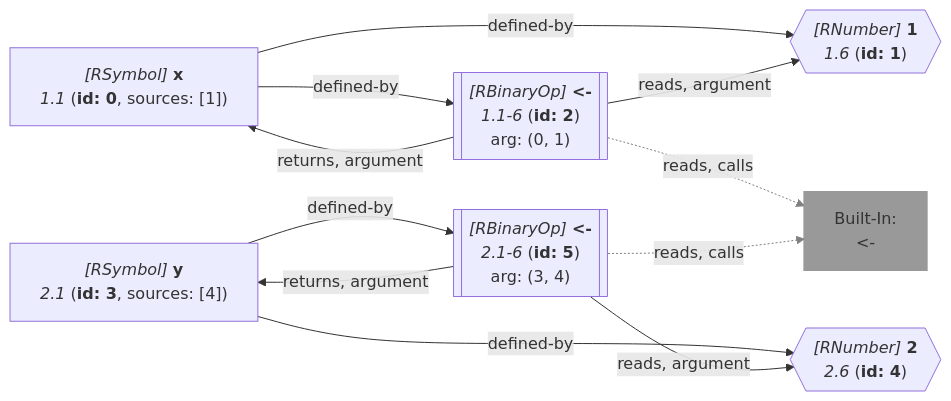
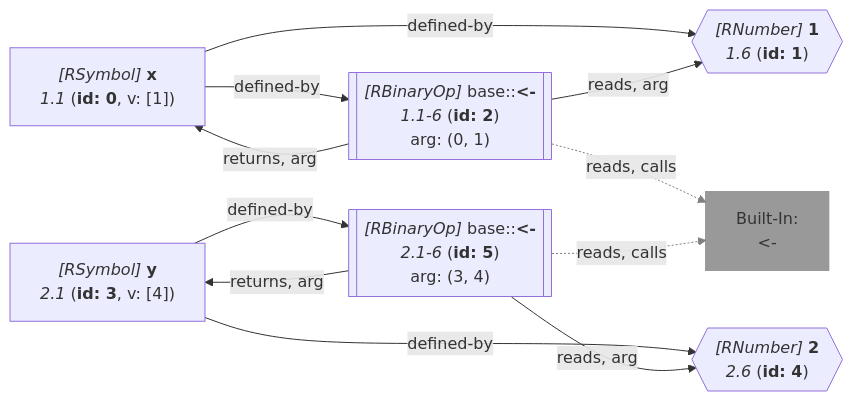
Diagram 11 of 21 in wiki/Query API.md (flowr-analysis/flowr), drawn with Mermaid before and after one commit. The commit also changed other lines of this file and 135 other files, not shown here.

````diff
--- a/wiki/Query API.md
+++ b/wiki/Query API.md
@@ -4135,34 +4139,34 @@
 ```mermaid
 flowchart LR
     1{{"`*#91;RNumber#93;* **1**
       *1.6* (**id: 1**)`"}}
    %% No edges found for 1
     0["`*#91;RSymbol#93;* **x**
-      *1.1* (**id: 0**, sources: [1])`"]
-    2[["`*#91;RBinaryOp#93;* **#60;#45;**
+      *1.1* (**id: 0**, v: [1])`"]
+    2[["`*#91;RBinaryOp#93;* base#58;#58;**#60;#45;**
       *1.1-6* (**id: 2**)
     arg: (0, 1)`"]]
     built-in:_-["`Built-In:
 #60;#45;`"]
     style built-in:_- stroke:gray,fill:gray,stroke-width:2px,opacity:.8;
     4{{"`*#91;RNumber#93;* **2**
       *2.6* (**id: 4**)`"}}
    %% No edges found for 4
     3["`*#91;RSymbol#93;* **y**
-      *2.1* (**id: 3**, sources: [4])`"]
-    5[["`*#91;RBinaryOp#93;* **#60;#45;**
+      *2.1* (**id: 3**, v: [4])`"]
+    5[["`*#91;RBinaryOp#93;* base#58;#58;**#60;#45;**
       *2.1-6* (**id: 5**)
     arg: (3, 4)`"]]
     0 -->|"defined-by"| 1
     0 -->|"defined-by"| 2
-    2 -->|"reads, argument"| 1
-    2 -->|"returns, argument"| 0
+    2 -->|"reads, arg"| 1
+    2 -->|"returns, arg"| 0
     2 -.->|"reads, calls"| built-in:_-
     linkStyle 4 stroke:gray;
     3 -->|"defined-by"| 4
     3 -->|"defined-by"| 5
-    5 -->|"reads, argument"| 4
-    5 -->|"returns, argument"| 3
+    5 -->|"reads, arg"| 4
+    5 -->|"returns, arg"| 3
     5 -.->|"reads, calls"| built-in:_-
     linkStyle 9 stroke:gray;
 ```
````
